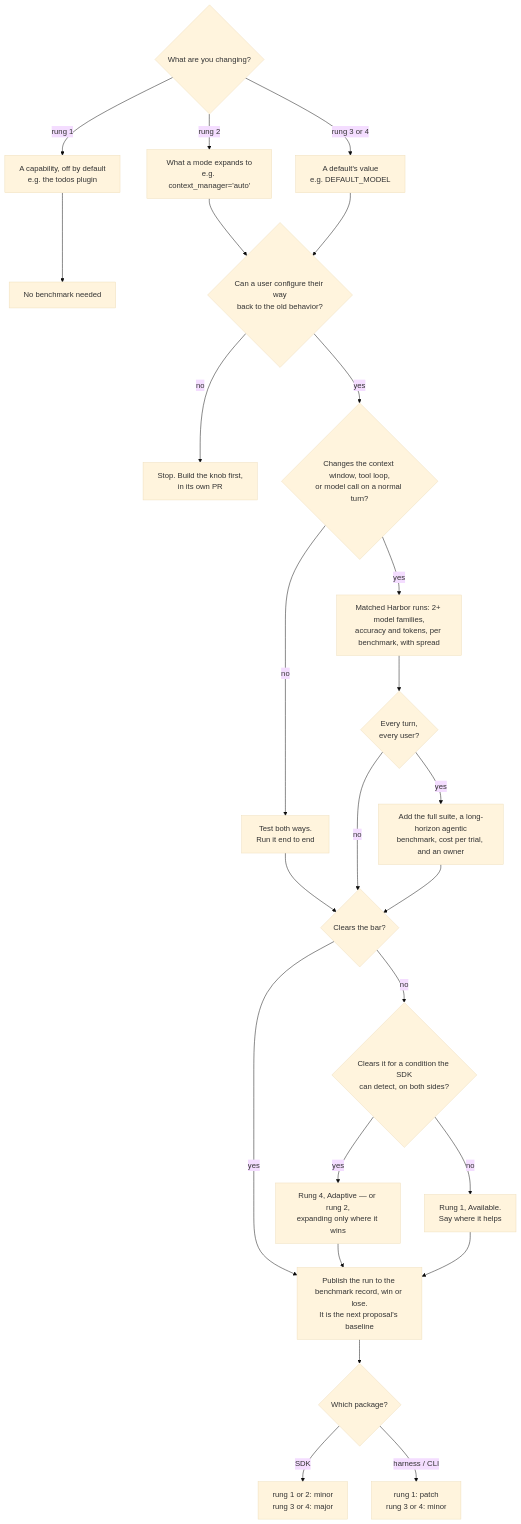
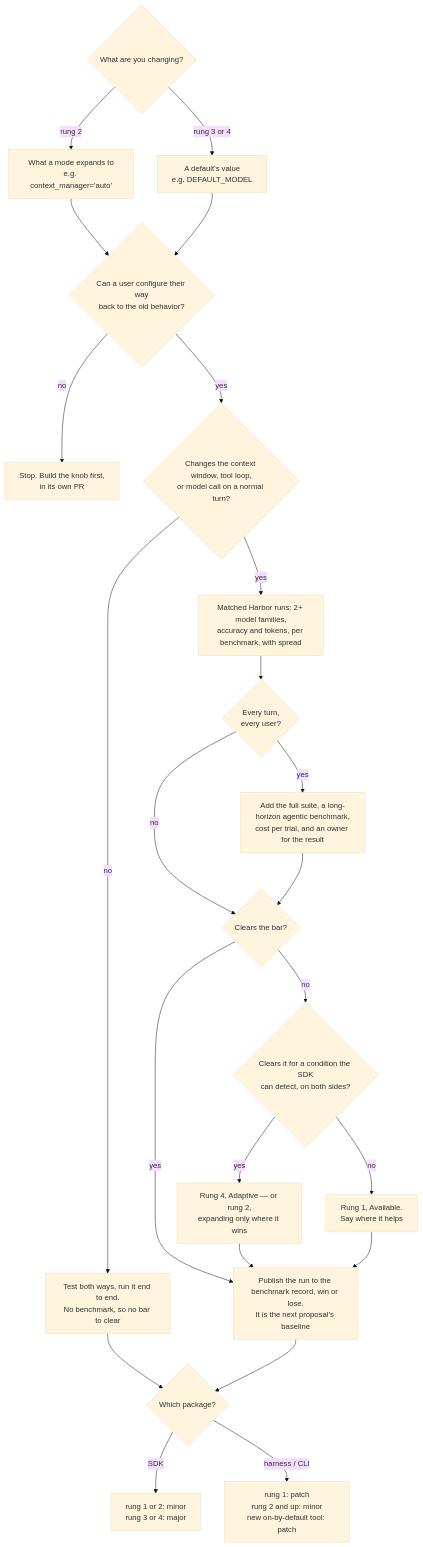
Before and after one commit to strands-agents/harness-sdk: the diagram in team/DEFAULTS.md, drawn with Mermaid (base theme). The commit also changed other lines of this file, not shown here.

````diff
--- a/team/DEFAULTS.md
+++ b/team/DEFAULTS.md
@@ -40,35 +40,34 @@
 ```mermaid
 flowchart TD
     A{"What are you changing?"}
-    A -->|"rung 1"| A1["A capability, off by default<br/>e.g. the todos plugin"]
-    A1 --> A1b["No benchmark needed"]
     A -->|"rung 2"| A2["What a mode expands to<br/>e.g. context_manager='auto'"]
     A -->|"rung 3 or 4"| A3["A default's value<br/>e.g. DEFAULT_MODEL"]
 
     A2 --> B
     A3 --> B
     B{"Can a user configure their way<br/>back to the old behavior?"}
     B -->|no| B1["Stop. Build the knob first,<br/>in its own PR"]
 
     B -->|yes| C{"Changes the context window, tool loop,<br/>or model call on a normal turn?"}
-    C -->|no| C1["Test both ways.<br/>Run it end to end"]
+    C -->|no| C1["Test both ways, run it end to end.<br/>No benchmark, so no bar to clear"]
     C -->|yes| C2["Matched Harbor runs: 2+ model families,<br/>accuracy and tokens, per benchmark, with spread"]
     C2 --> C3{"Every turn,<br/>every user?"}
-    C3 -->|yes| C4["Add the full suite, a long-horizon agentic<br/>benchmark, cost per trial, and an owner"]
-    C1 --> D
+    C3 -->|yes| C4["Add the full suite, a long-horizon agentic benchmark,<br/>cost per trial, and an owner for the result"]
     C3 -->|no| D
     C4 --> D
 
     D{"Clears the bar?"}
     D -->|no| E{"Clears it for a condition the SDK<br/>can detect, on both sides?"}
     E -->|yes| E1["Rung 4, Adaptive — or rung 2,<br/>expanding only where it wins"]
     E -->|no| E2["Rung 1, Available.<br/>Say where it helps"]
 
     D -->|yes| F
     E1 --> F
     E2 --> F
     F["Publish the run to the benchmark record, win or lose.<br/>It is the next proposal's baseline"]
-    F --> G{"Which package?"}
+    C1 --> G
+    F --> G
+    G{"Which package?"}
     G -->|SDK| G1["rung 1 or 2: minor<br/>rung 3 or 4: major"]
-    G -->|"harness / CLI"| G2["rung 1: patch<br/>rung 3 or 4: minor"]
+    G -->|"harness / CLI"| G2["rung 1: patch<br/>rung 2 and up: minor<br/>new on-by-default tool: patch"]
 ```
````
